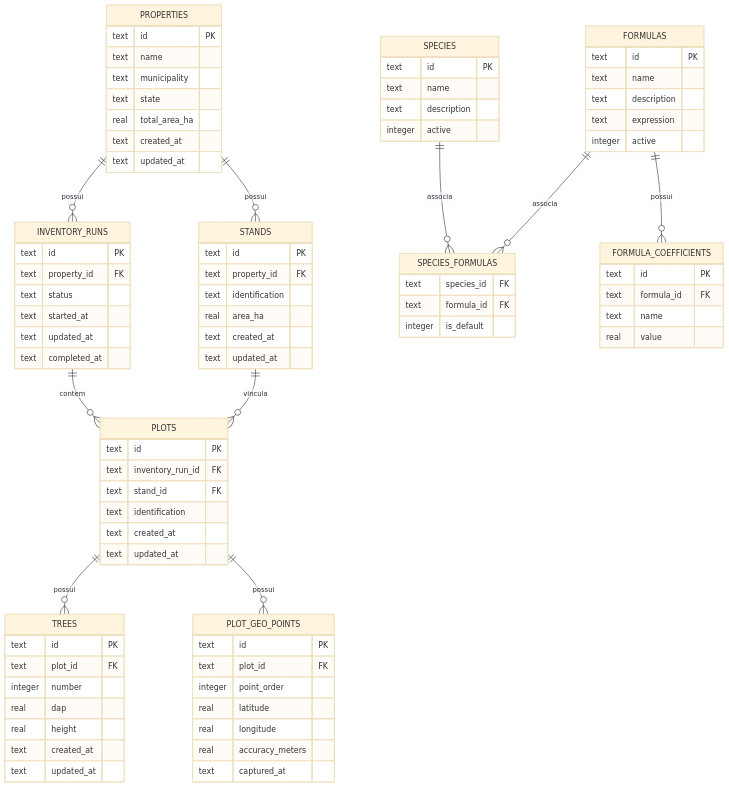
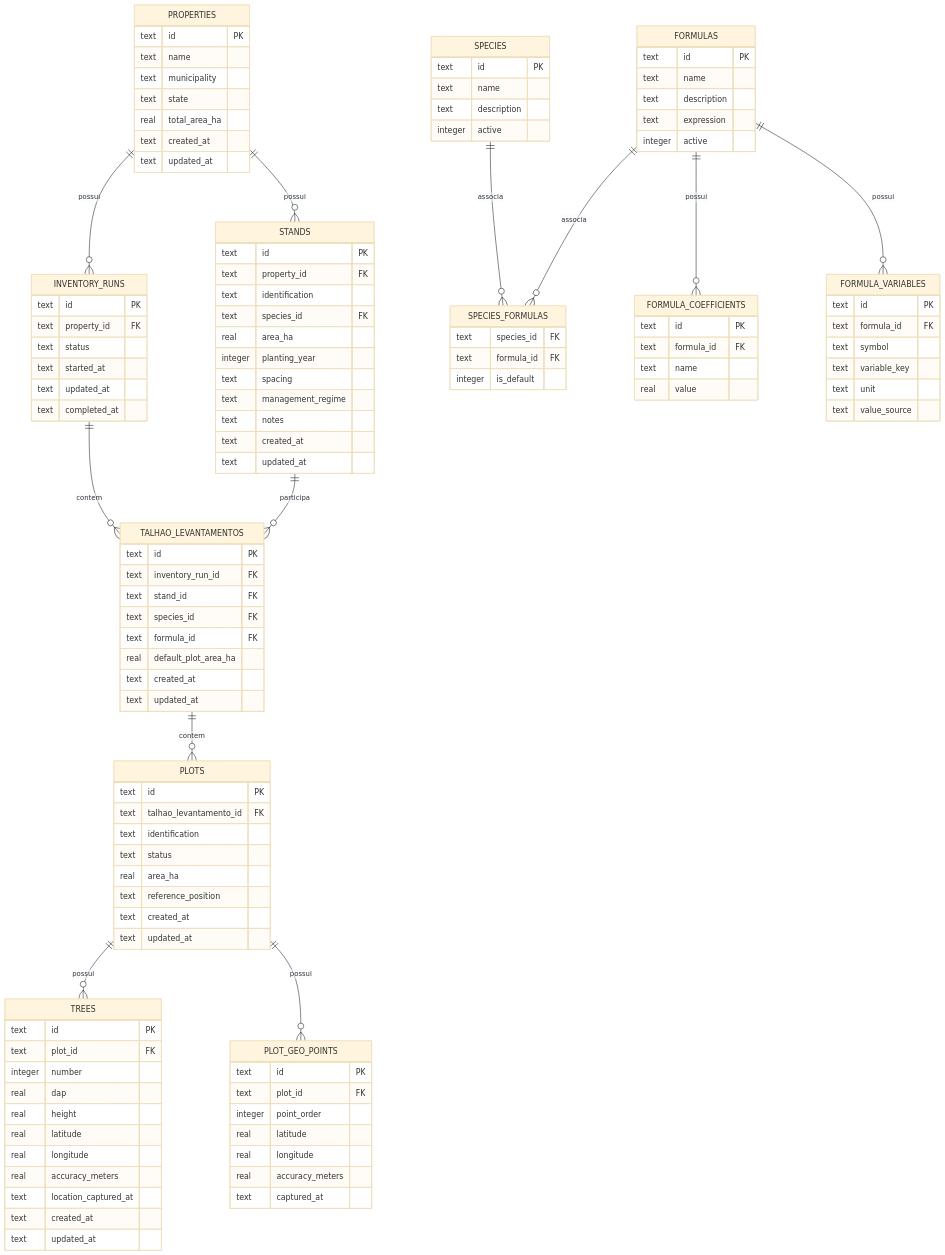
The third of 10 diagrams in tcc_codex_context/docs/ENGINEERING_MODELS.md (mateushernandes10-droid/dendro_mobile), drawn with Mermaid (base theme) before and after one commit. The commit also changed other lines of this file and 40 other files, not shown here.

````diff
--- a/tcc_codex_context/docs/ENGINEERING_MODELS.md
+++ b/tcc_codex_context/docs/ENGINEERING_MODELS.md
@@ -391,13 +482,15 @@
 erDiagram
     PROPERTIES ||--o{ STANDS : possui
     PROPERTIES ||--o{ INVENTORY_RUNS : possui
-    INVENTORY_RUNS ||--o{ PLOTS : contem
-    STANDS ||--o{ PLOTS : vincula
+    INVENTORY_RUNS ||--o{ TALHAO_LEVANTAMENTOS : contem
+    STANDS ||--o{ TALHAO_LEVANTAMENTOS : participa
+    TALHAO_LEVANTAMENTOS ||--o{ PLOTS : contem
     PLOTS ||--o{ TREES : possui
     PLOTS ||--o{ PLOT_GEO_POINTS : possui
     SPECIES ||--o{ SPECIES_FORMULAS : associa
     FORMULAS ||--o{ SPECIES_FORMULAS : associa
     FORMULAS ||--o{ FORMULA_COEFFICIENTS : possui
+    FORMULAS ||--o{ FORMULA_VARIABLES : possui
 
     PROPERTIES {
         text id PK
@@ -413,7 +506,12 @@
         text id PK
         text property_id FK
         text identification
+        text species_id FK
         real area_ha
+        integer planting_year
+        text spacing
+        text management_regime
+        text notes
         text created_at
         text updated_at
     }
@@ -427,11 +525,24 @@
         text completed_at
     }
 
-    PLOTS {
+    TALHAO_LEVANTAMENTOS {
         text id PK
         text inventory_run_id FK
         text stand_id FK
+        text species_id FK
+        text formula_id FK
+        real default_plot_area_ha
+        text created_at
+        text updated_at
+    }
+
+    PLOTS {
+        text id PK
+        text talhao_levantamento_id FK
         text identification
+        text status
+        real area_ha
+        text reference_position
         text created_at
         text updated_at
     }
@@ -442,6 +553,10 @@
         integer number
         real dap
         real height
+        real latitude
+        real longitude
+        real accuracy_meters
+        text location_captured_at
         text created_at
         text updated_at
     }
@@ -483,4 +598,13 @@
         text name
         real value
     }
+
+    FORMULA_VARIABLES {
+        text id PK
+        text formula_id FK
+        text symbol
+        text variable_key
+        text unit
+        text value_source
+    }
 ```
````
